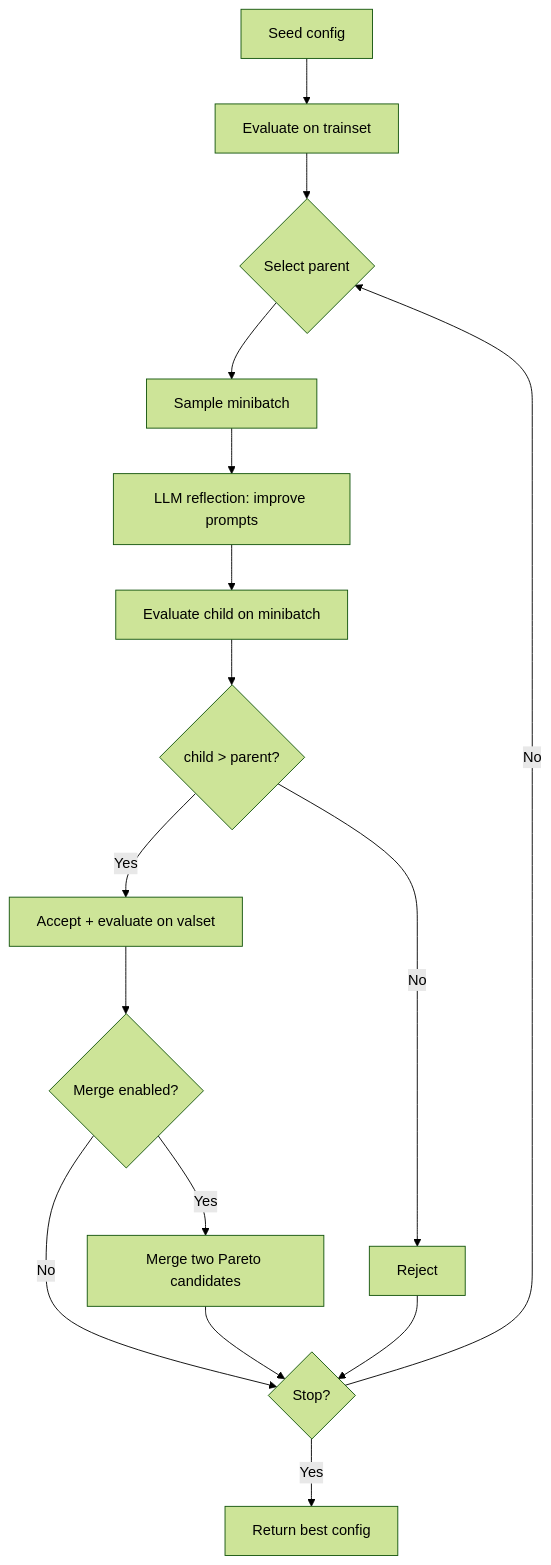
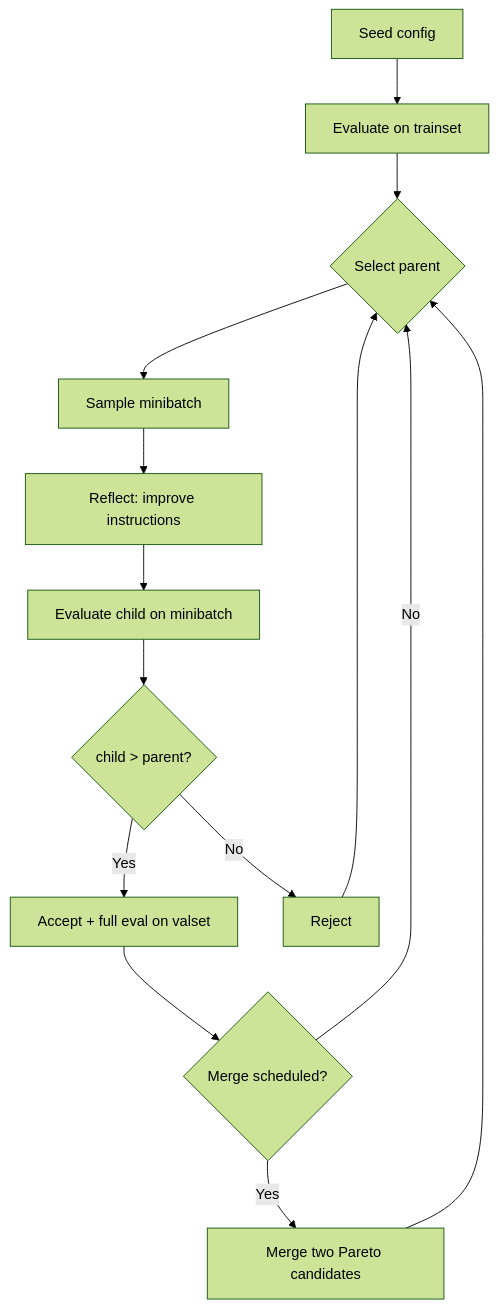
Before and after one commit to ITMO-NSS-team/FEDOT.MAS: the diagram in docs/optimizer.md, drawn with Mermaid (forest theme). The commit also changed other lines of this file and 6 other files, not shown here.

````diff
--- a/docs/optimizer.md
+++ b/docs/optimizer.md
@@ -86,18 +17,16 @@
 ```mermaid
 graph TD
     A[Seed config] --> B[Evaluate on trainset]
     B --> C{Select parent}
     C --> D[Sample minibatch]
-    D --> E[LLM reflection: improve prompts]
+    D --> E[Reflect: improve instructions]
     E --> F[Evaluate child on minibatch]
     F --> G{child > parent?}
-    G -->|Yes| H[Accept + evaluate on valset]
+    G -->|Yes| H[Accept + full eval on valset]
     G -->|No| I[Reject]
-    H --> J{Merge enabled?}
+    H --> J{Merge scheduled?}
     J -->|Yes| K[Merge two Pareto candidates]
-    J -->|No| L{Stop?}
-    K --> L
-    I --> L
-    L -->|No| C
-    L -->|Yes| M[Return best config]
+    J -->|No| C
+    K --> C
+    I --> C
 ```
````
